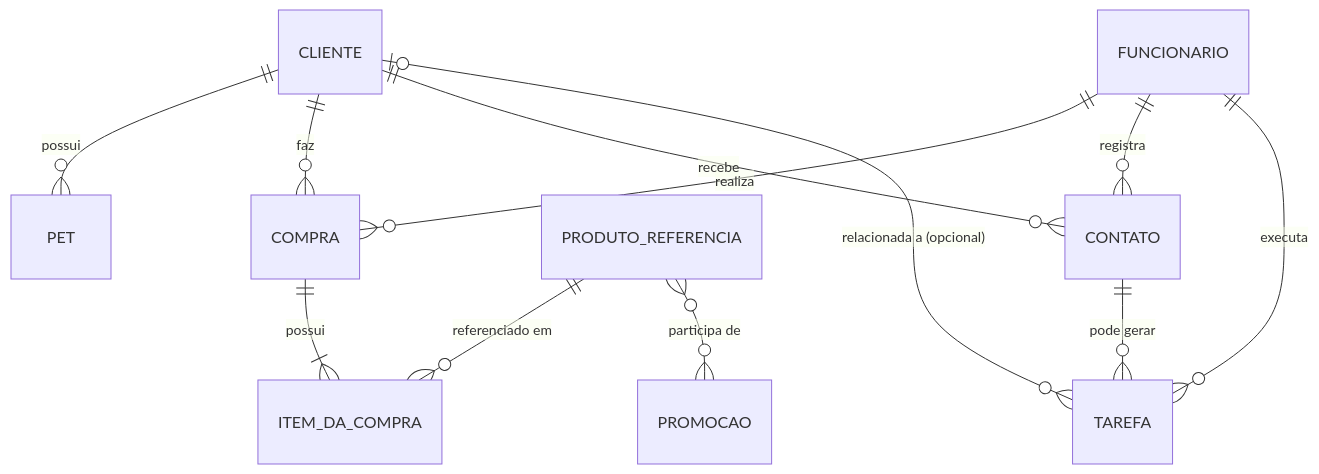
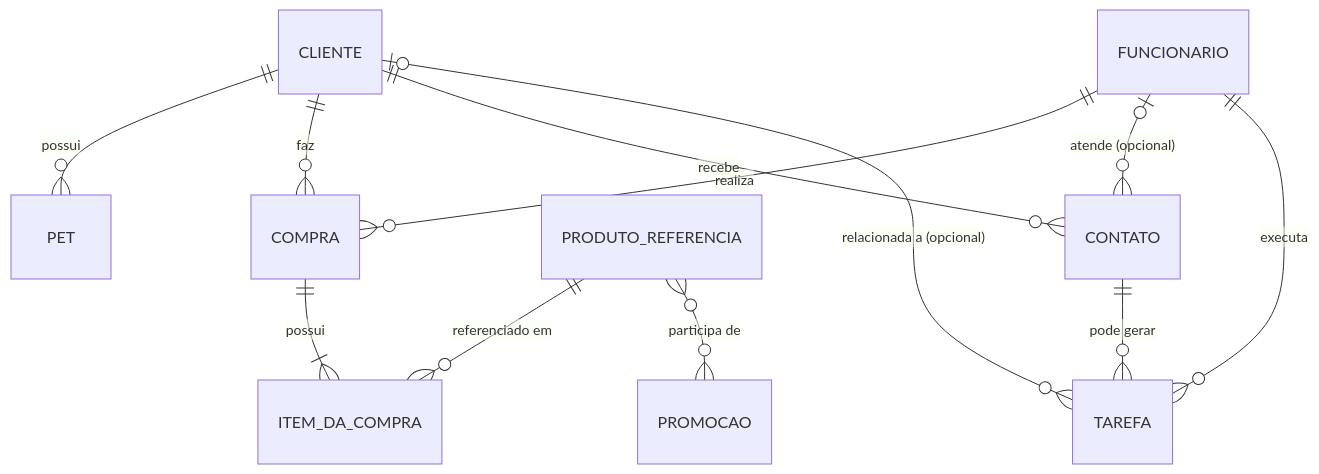
Before and after one commit to johnnie-mattos/petshop-crm: the diagram in docs/modelo-de-dominio.md, drawn with Mermaid. The commit also changed 2 other files, not shown here.

Commit message:
docs: torna funcionario opcional em contato no der

````diff
--- a/docs/modelo-de-dominio.md
+++ b/docs/modelo-de-dominio.md
@@ -9,14 +9,14 @@
 ```mermaid
 erDiagram
     CLIENTE ||--o{ PET : "possui"
     CLIENTE ||--o{ COMPRA : "faz"
     FUNCIONARIO ||--o{ COMPRA : "realiza"
     COMPRA ||--|{ ITEM_DA_COMPRA : "possui"
     PRODUTO_REFERENCIA ||--o{ ITEM_DA_COMPRA : "referenciado em"
     PRODUTO_REFERENCIA }o--o{ PROMOCAO : "participa de"
     CLIENTE ||--o{ CONTATO : "recebe"
-    FUNCIONARIO ||--o{ CONTATO : "registra"
+    FUNCIONARIO |o--o{ CONTATO : "atende (opcional)"
     CONTATO ||--o{ TAREFA : "pode gerar"
     FUNCIONARIO ||--o{ TAREFA : "executa"
     CLIENTE |o--o{ TAREFA : "relacionada a (opcional)"
 ```
````
